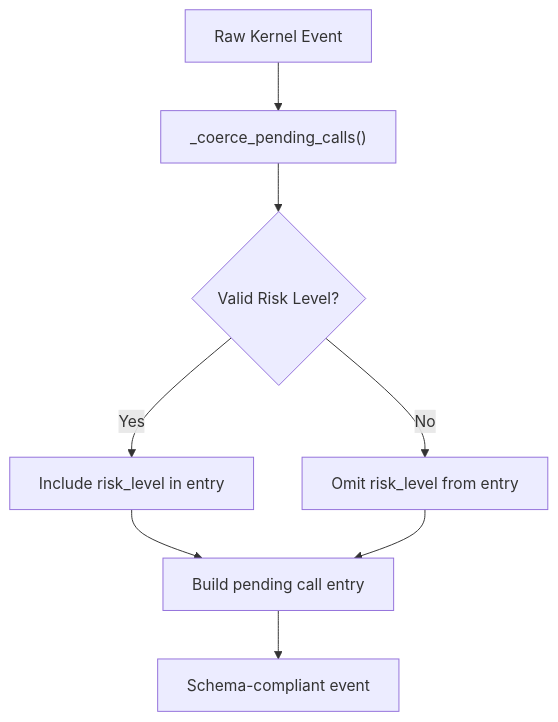
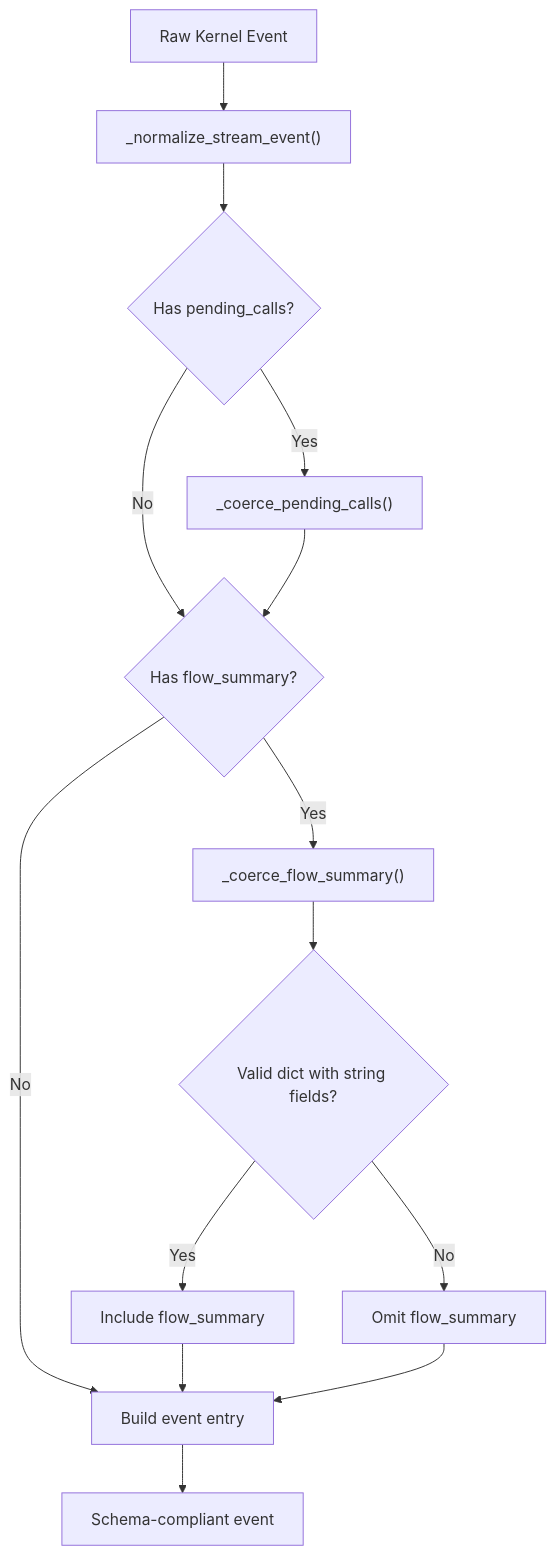
The third of 6 diagrams in .qoder/repowiki/en/content/API Reference/Agent Platform API/Agent Platform API.md (metasync/luban-aiops), drawn with Mermaid before and after one commit. The commit also changed other lines of this file and 11 other files, not shown here.

````diff
--- a/.qoder/repowiki/en/content/API Reference/Agent Platform API/Agent Platform API.md
+++ b/.qoder/repowiki/en/content/API Reference/Agent Platform API/Agent Platform API.md
@@ -179,10 +190,16 @@
 ```mermaid
 flowchart TD
-RawEvent["Raw Kernel Event"] --> CoerceFunction["_coerce_pending_calls()"]
-CoerceFunction --> ValidateRisk{"Valid Risk Level?"}
-ValidateRisk --> |Yes| IncludeRisk["Include risk_level in entry"]
-ValidateRisk --> |No| OmitRisk["Omit risk_level from entry"]
-IncludeRisk --> BuildEntry["Build pending call entry"]
-OmitRisk --> BuildEntry
+RawEvent["Raw Kernel Event"] --> CoerceFunction["_normalize_stream_event()"]
+CoerceFunction --> RiskCheck{"Has pending_calls?"}
+RiskCheck --> |Yes| RiskCoerce["_coerce_pending_calls()"]
+RiskCheck --> |No| FlowCheck{"Has flow_summary?"}
+RiskCoerce --> FlowCheck
+FlowCheck --> |Yes| FlowCoerce["_coerce_flow_summary()"]
+FlowCheck --> |No| BuildEntry["Build event entry"]
+FlowCoerce --> ValidateSummary{"Valid dict with string fields?"}
+ValidateSummary --> |Yes| IncludeSummary["Include flow_summary"]
+ValidateSummary --> |No| OmitSummary["Omit flow_summary"]
+IncludeSummary --> BuildEntry
+OmitSummary --> BuildEntry
 BuildEntry --> SchemaCompliant["Schema-compliant event"]
 ```
````
